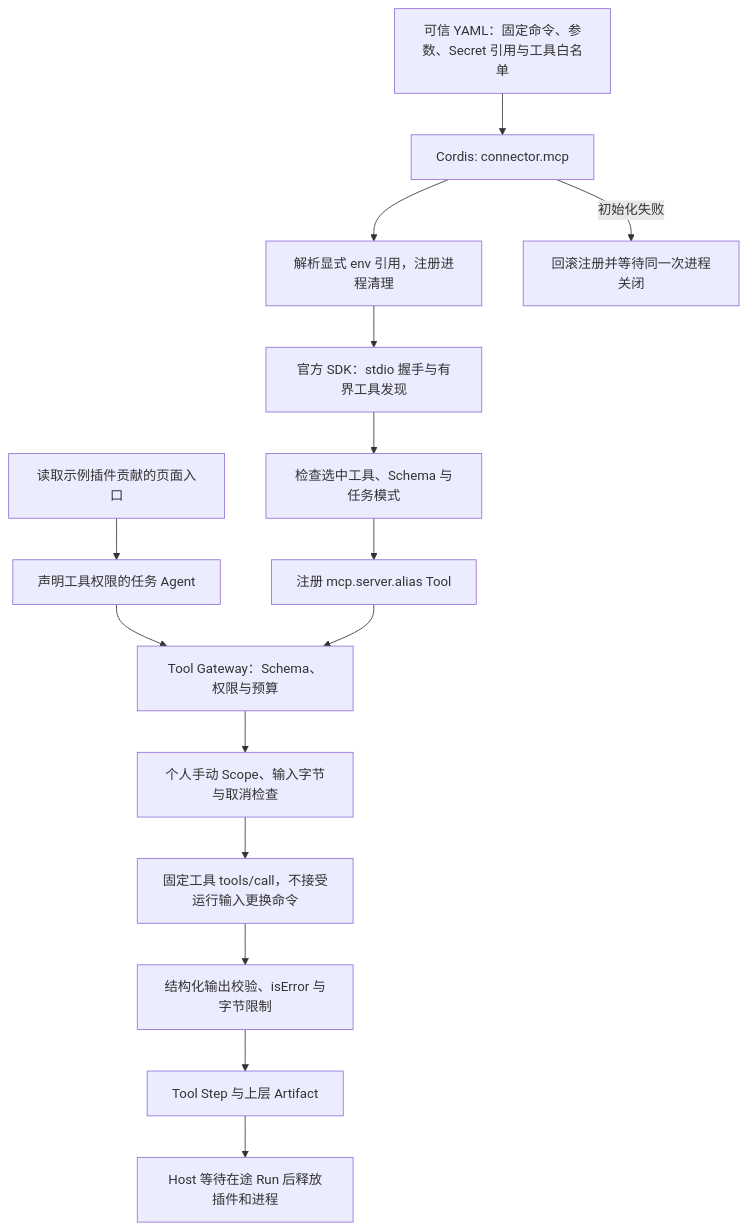
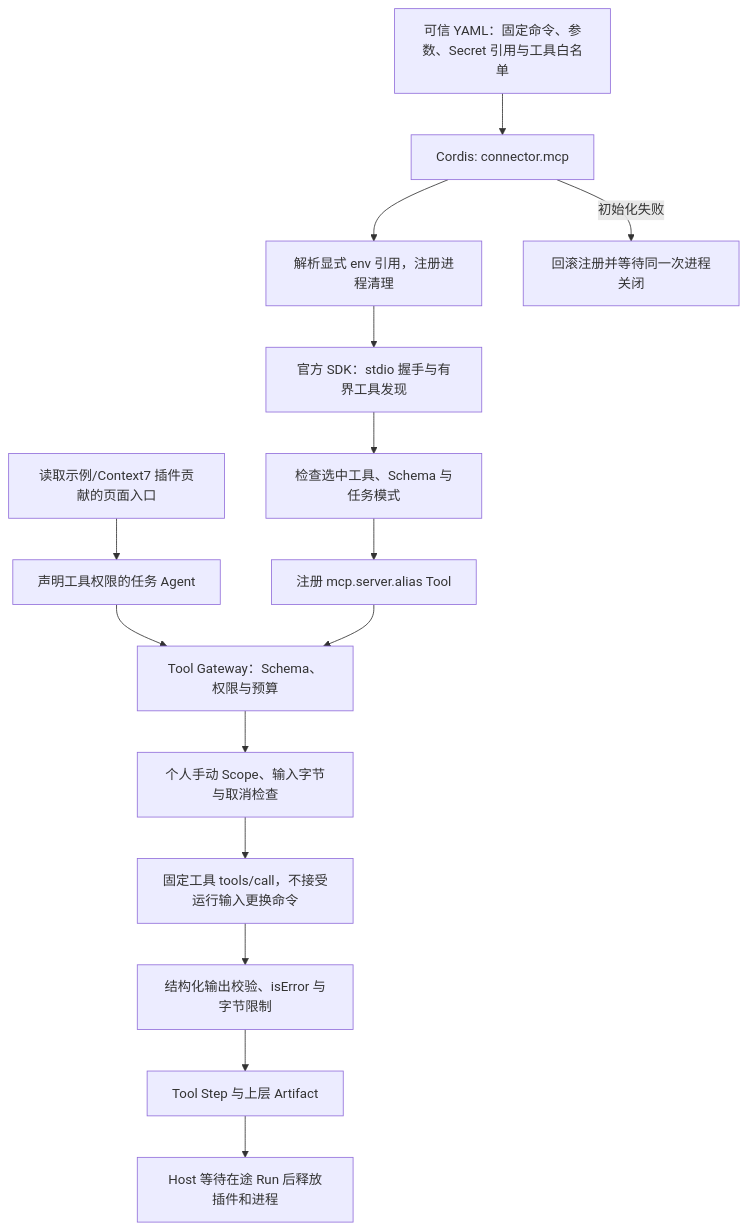
The diagram in backend/src/connectors/mcp/FEATURE.md (KlayPeter/AI-Delivery-Ops-Agent), drawn with Mermaid before and after one commit. The commit also changed other lines of this file and 21 other files, not shown here.

Commit message:
feat: integrate Context7 and standard Agent Skills

````diff
--- a/backend/src/connectors/mcp/FEATURE.md
+++ b/backend/src/connectors/mcp/FEATURE.md
@@ -21,17 +21,17 @@
 ```mermaid
 flowchart TD
     C[可信 YAML：固定命令、参数、Secret 引用与工具白名单] --> P[Cordis: connector.mcp]
     P --> E[解析显式 env 引用，注册进程清理]
     E --> S[官方 SDK：stdio 握手与有界工具发现]
     S --> V[检查选中工具、Schema 与任务模式]
     V --> R[注册 mcp.server.alias Tool]
-    NAV[读取示例插件贡献的页面入口] --> A[声明工具权限的任务 Agent]
+    NAV[读取示例/Context7 插件贡献的页面入口] --> A[声明工具权限的任务 Agent]
     A --> G[Tool Gateway：Schema、权限与预算]
     R --> G
     G --> B[个人手动 Scope、输入字节与取消检查]
     B --> CALL[固定工具 tools/call，不接受运行输入更换命令]
     CALL --> OUT[结构化输出校验、isError 与字节限制]
     OUT --> T[Tool Step 与上层 Artifact]
     P -- 初始化失败 --> X[回滚注册并等待同一次进程关闭]
     T --> STOP[Host 等待在途 Run 后释放插件和进程]
 ```
````
